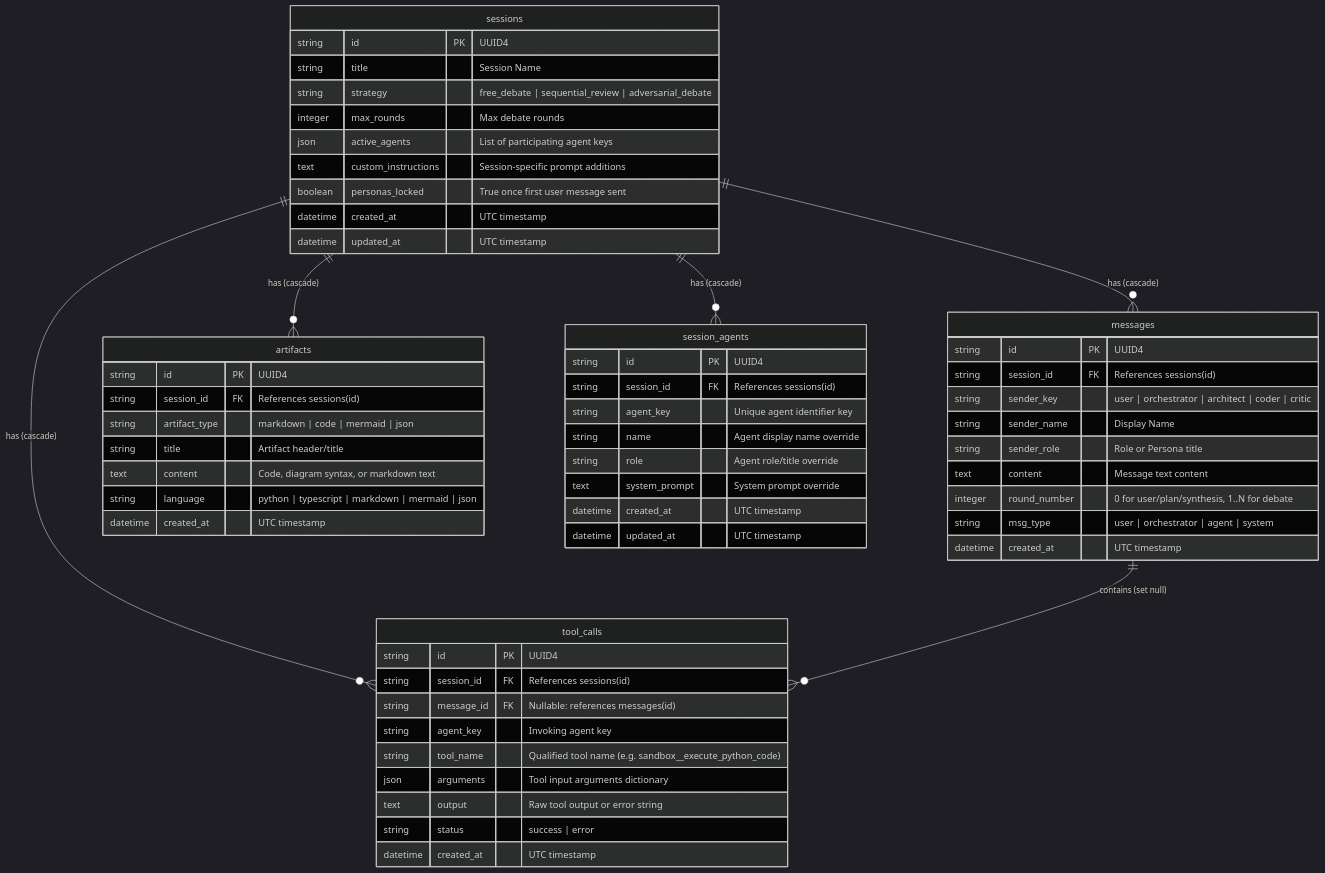
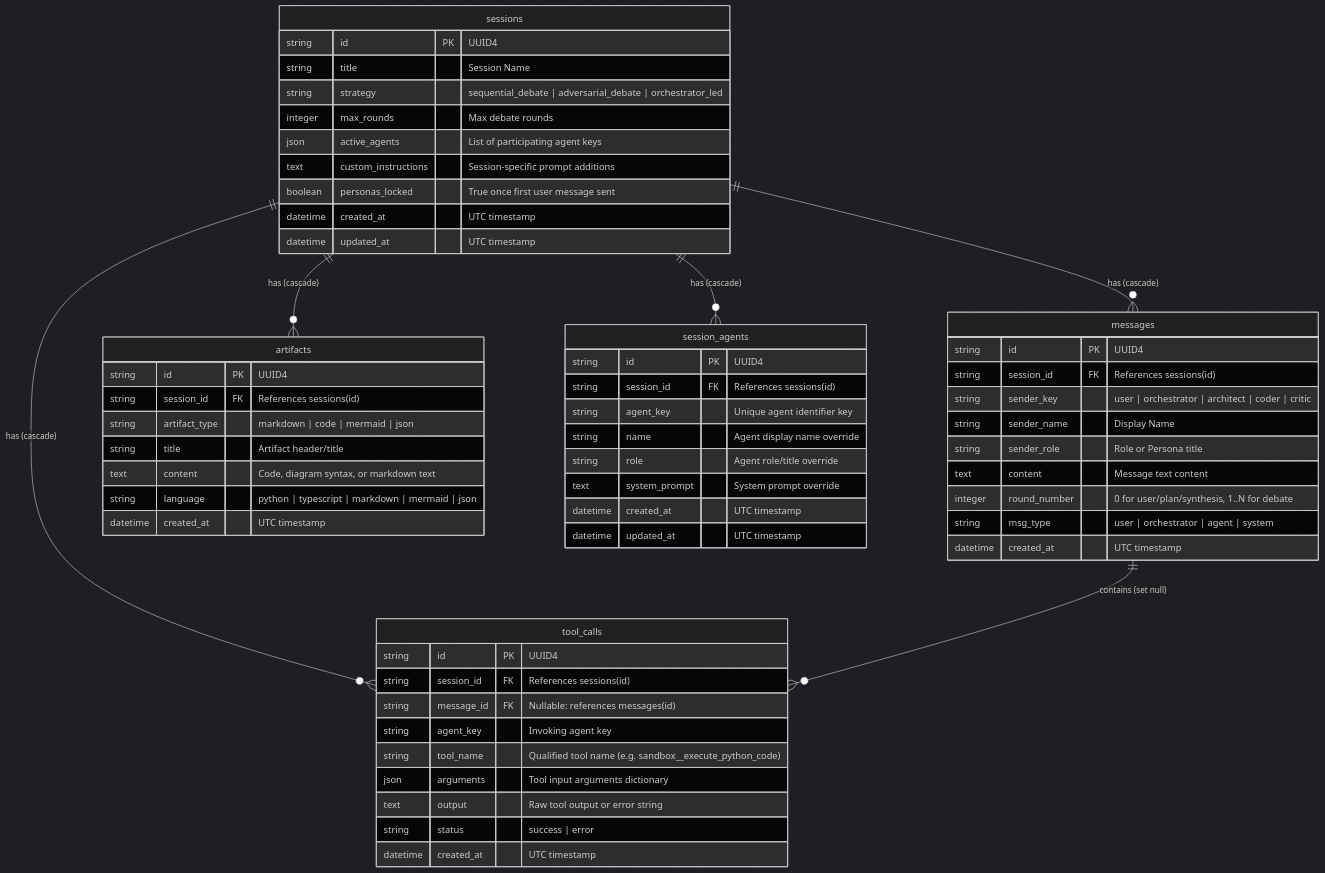
One commit to HaJaehee/MultiAgentOrchestrator changed the diagram in wiki/architecture/database-schema.md. Above: the diagram before and after it, drawn with Mermaid (dark theme). The commit also changed other lines of this file and 21 other files, not shown here.

````diff
--- a/wiki/architecture/database-schema.md
+++ b/wiki/architecture/database-schema.md
@@ -9,65 +9,65 @@
 ```mermaid
 erDiagram
     sessions ||--o{ messages : "has (cascade)"
     sessions ||--o{ tool_calls : "has (cascade)"
     sessions ||--o{ artifacts : "has (cascade)"
     sessions ||--o{ session_agents : "has (cascade)"
     messages ||--o{ tool_calls : "contains (set null)"
 
     sessions {
         string id PK "UUID4"
         string title "Session Name"
-        string strategy "free_debate | sequential_review | adversarial_debate"
+        string strategy "sequential_debate | adversarial_debate | orchestrator_led"
         integer max_rounds "Max debate rounds"
         json active_agents "List of participating agent keys"
         text custom_instructions "Session-specific prompt additions"
         boolean personas_locked "True once first user message sent"
         datetime created_at "UTC timestamp"
         datetime updated_at "UTC timestamp"
     }
 
     messages {
         string id PK "UUID4"
         string session_id FK "References sessions(id)"
         string sender_key "user | orchestrator | architect | coder | critic"
         string sender_name "Display Name"
         string sender_role "Role or Persona title"
         text content "Message text content"
         integer round_number "0 for user/plan/synthesis, 1..N for debate"
         string msg_type "user | orchestrator | agent | system"
         datetime created_at "UTC timestamp"
     }
 
     tool_calls {
         string id PK "UUID4"
         string session_id FK "References sessions(id)"
         string message_id FK "Nullable: references messages(id)"
         string agent_key "Invoking agent key"
         string tool_name "Qualified tool name (e.g. sandbox__execute_python_code)"
         json arguments "Tool input arguments dictionary"
         text output "Raw tool output or error string"
         string status "success | error"
         datetime created_at "UTC timestamp"
     }
 
     artifacts {
         string id PK "UUID4"
         string session_id FK "References sessions(id)"
         string artifact_type "markdown | code | mermaid | json"
         string title "Artifact header/title"
         text content "Code, diagram syntax, or markdown text"
         string language "python | typescript | markdown | mermaid | json"
         datetime created_at "UTC timestamp"
     }
 
     session_agents {
         string id PK "UUID4"
         string session_id FK "References sessions(id)"
         string agent_key "Unique agent identifier key"
         string name "Agent display name override"
         string role "Agent role/title override"
         text system_prompt "System prompt override"
         datetime created_at "UTC timestamp"
         datetime updated_at "UTC timestamp"
     }
 ```
````
